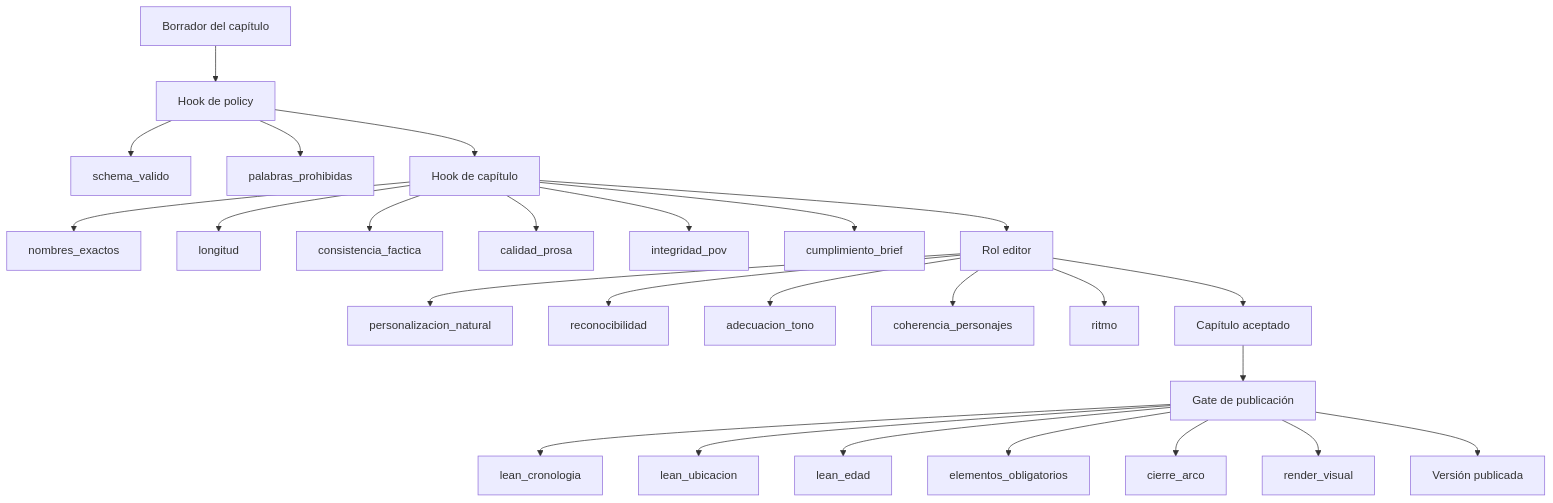
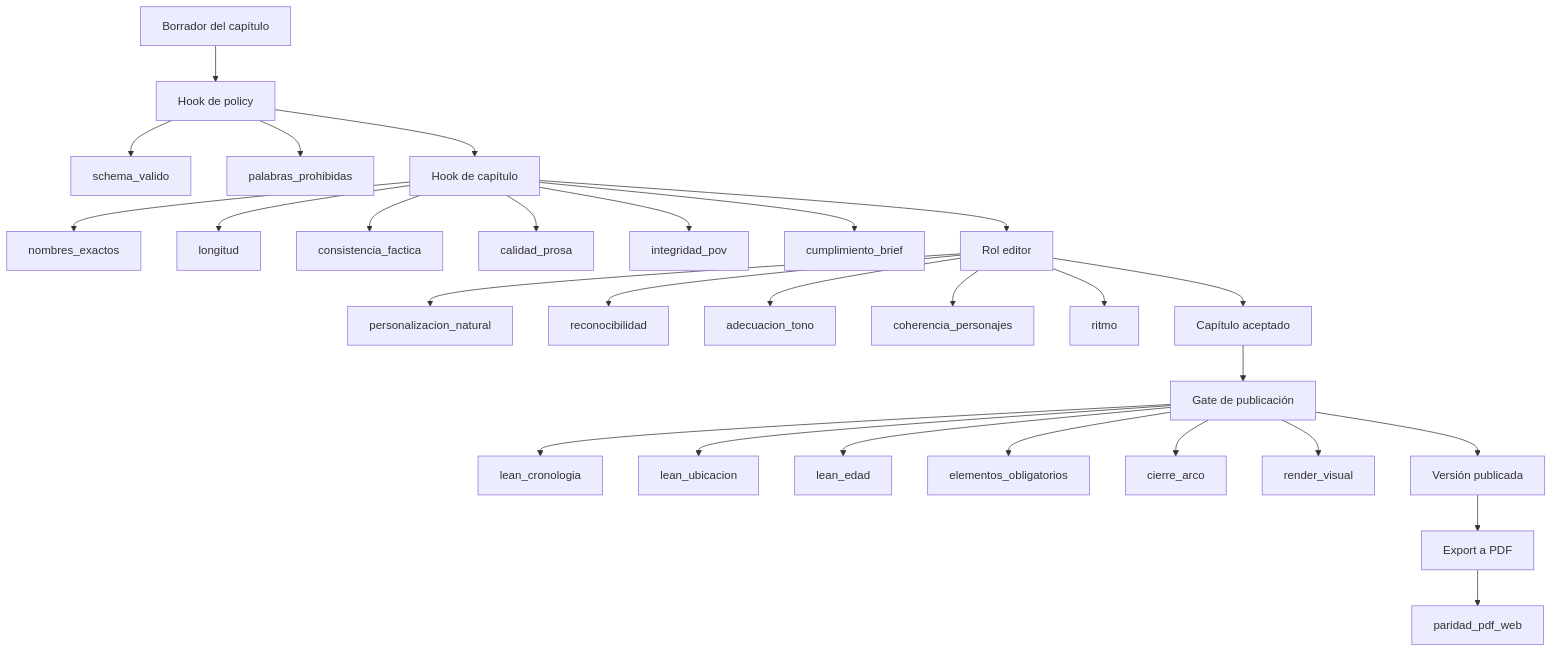
Before and after one commit to BrunoCrz3/MyStory: diagram 14 of 21 in docs/domain-knowledge.md, drawn with Mermaid. The commit also changed other lines of this file and 7 other files, not shown here.

````diff
--- a/docs/domain-knowledge.md
+++ b/docs/domain-knowledge.md
@@ -277,28 +279,30 @@
 ```mermaid
 flowchart TD
   BOR[Borrador del capítulo] --> HP[Hook de policy]
   HP --> V1[schema_valido]
   HP --> V2[palabras_prohibidas]
   HP --> HC[Hook de capítulo]
   HC --> V3[nombres_exactos]
   HC --> V4[longitud]
   HC --> V5[consistencia_factica]
   HC --> V6[calidad_prosa]
   HC --> V7[integridad_pov]
   HC --> V8[cumplimiento_brief]
   HC --> ED[Rol editor]
   ED --> V9[personalizacion_natural]
   ED --> V10[reconocibilidad]
   ED --> V11[adecuacion_tono]
   ED --> V12[coherencia_personajes]
   ED --> V13[ritmo]
   ED --> ACP[Capítulo aceptado]
   ACP --> GT[Gate de publicación]
   GT --> V14[lean_cronologia]
   GT --> V15[lean_ubicacion]
   GT --> V16[lean_edad]
   GT --> V17[elementos_obligatorios]
   GT --> V18[cierre_arco]
   GT --> V19[render_visual]
   GT --> PUB[Versión publicada]
+  PUB --> EXP[Export a PDF]
+  EXP --> V20[paridad_pdf_web]
 ```
````
